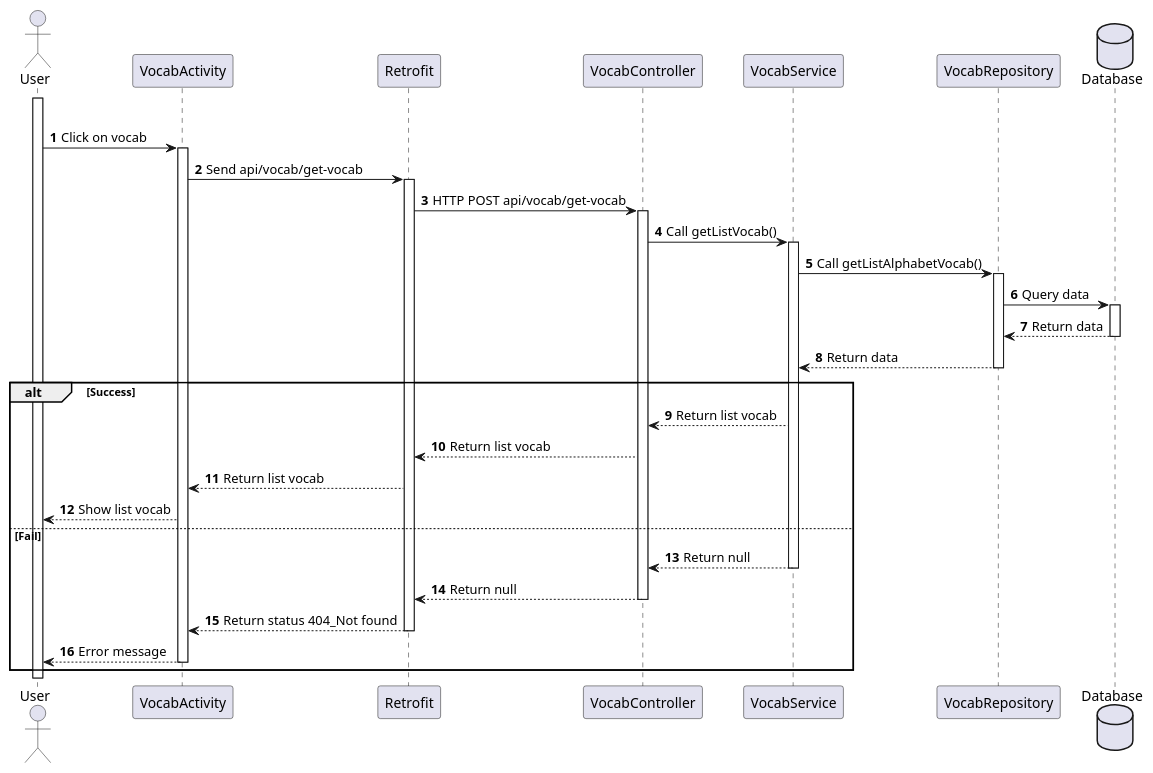
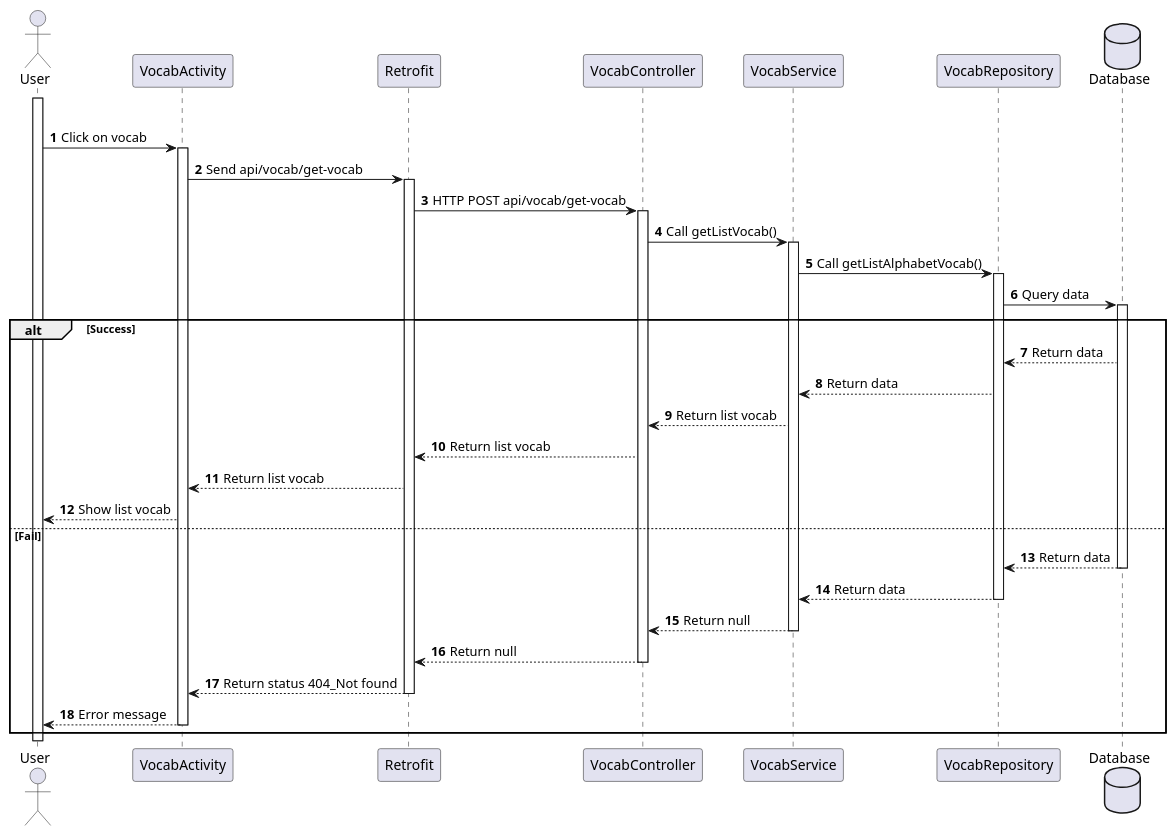
The diagram in japanese-app/plant_uml/vocab/Vocab_List.puml (Annthe160639/japanese-app), drawn with PlantUML before and after one commit. The commit also changed 13 other files, not shown here.

```diff
--- a/japanese-app/plant_uml/vocab/Vocab_List.puml
+++ b/japanese-app/plant_uml/vocab/Vocab_List.puml
@@ -1,41 +1,43 @@
 @startuml
 'https://plantuml.com/sequence-diagram
 
 autonumber
 
 actor User
 
 participant "VocabActivity" as Vocab
 participant "Retrofit" as Retrofit
 participant "VocabController" as Controller
 participant "VocabService" as Service
 participant "VocabRepository" as Repo
 
 database Database
 activate User
 alt Success
 User -> Vocab++: Click on vocab
 Vocab -> Retrofit++: Send api/vocab/get-vocab
 Retrofit -> Controller++: HTTP POST api/vocab/get-vocab
 Controller -> Service++: Call getListVocab()
 Service -> Repo++: Call getListAlphabetVocab()
 Repo -> Database++: Query data
-Database-->Repo--: Return data
-Repo-->Service--: Return data
 alt Success
+Database-->Repo: Return data
+Repo-->Service: Return data
 
 Service-->Controller: Return list vocab
 Controller-->Retrofit: Return list vocab
 Retrofit --> Vocab: Return list vocab
 Vocab --> User: Show list vocab
 
 else Fail
 
+Database-->Repo--:Return data
+Repo-->Service--:Return data
 Service-->Controller--: Return null
 Controller-->Retrofit--: Return null
 Retrofit --> Vocab--: Return status 404_Not found
 Vocab --> User--: Error message
 end
 
 
 @enduml
```
